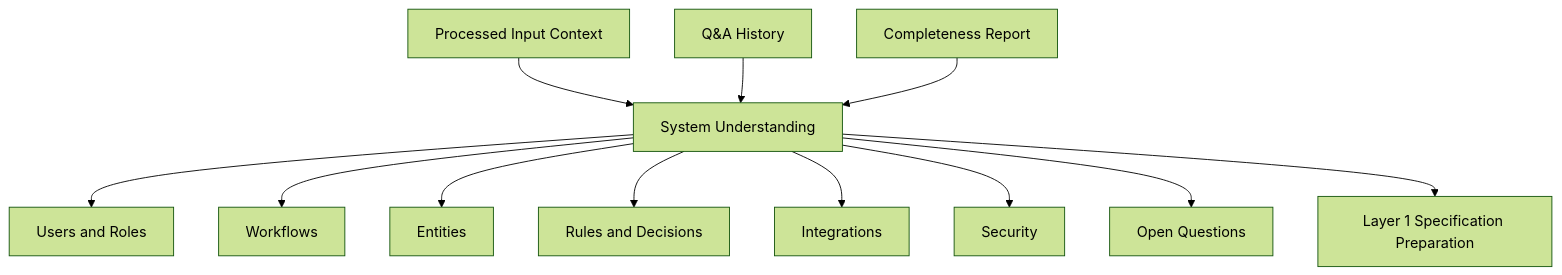
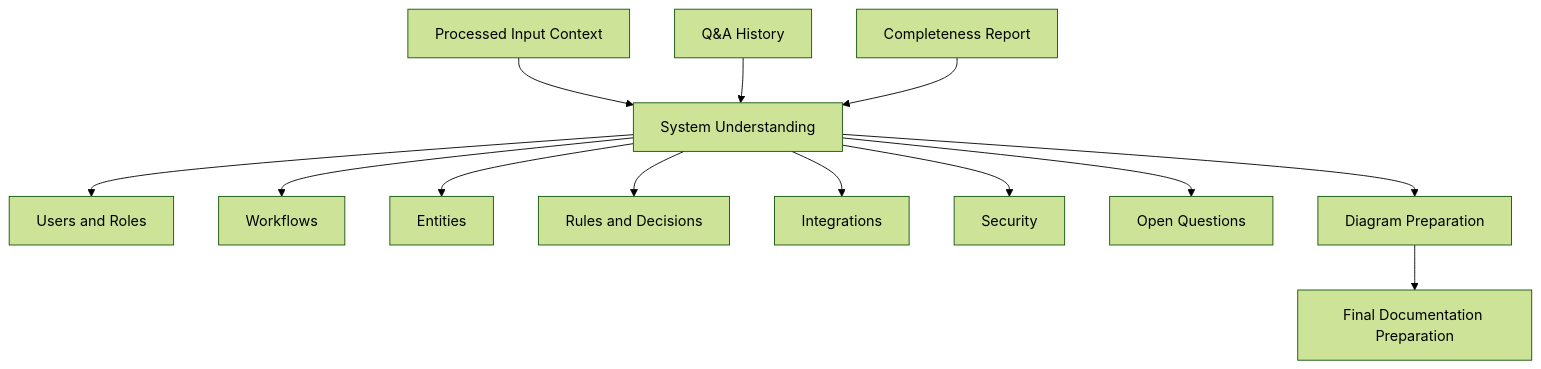
The tenth of 19 diagrams in Docs/system-design-detailed-plan.md (ProductMasterz/Mujarrad-Frontend), drawn with Mermaid (forest theme) before and after one commit. The commit also changed other lines of this file, not shown here.

Commit message:
Sync corrected system design roadmap

````diff
--- a/Docs/system-design-detailed-plan.md
+++ b/Docs/system-design-detailed-plan.md
@@ -1422,15 +1455,16 @@
 ```mermaid
 flowchart TD
     A[Processed Input Context] --> B[System Understanding]
     C[Q&A History] --> B
     D[Completeness Report] --> B
 
     B --> E[Users and Roles]
     B --> F[Workflows]
     B --> G[Entities]
     B --> H[Rules and Decisions]
     B --> I[Integrations]
     B --> J[Security]
     B --> K[Open Questions]
-    B --> L[Layer 1 Specification Preparation]
+    B --> L[Diagram Preparation]
+    L --> M[Final Documentation Preparation]
 ```
````
